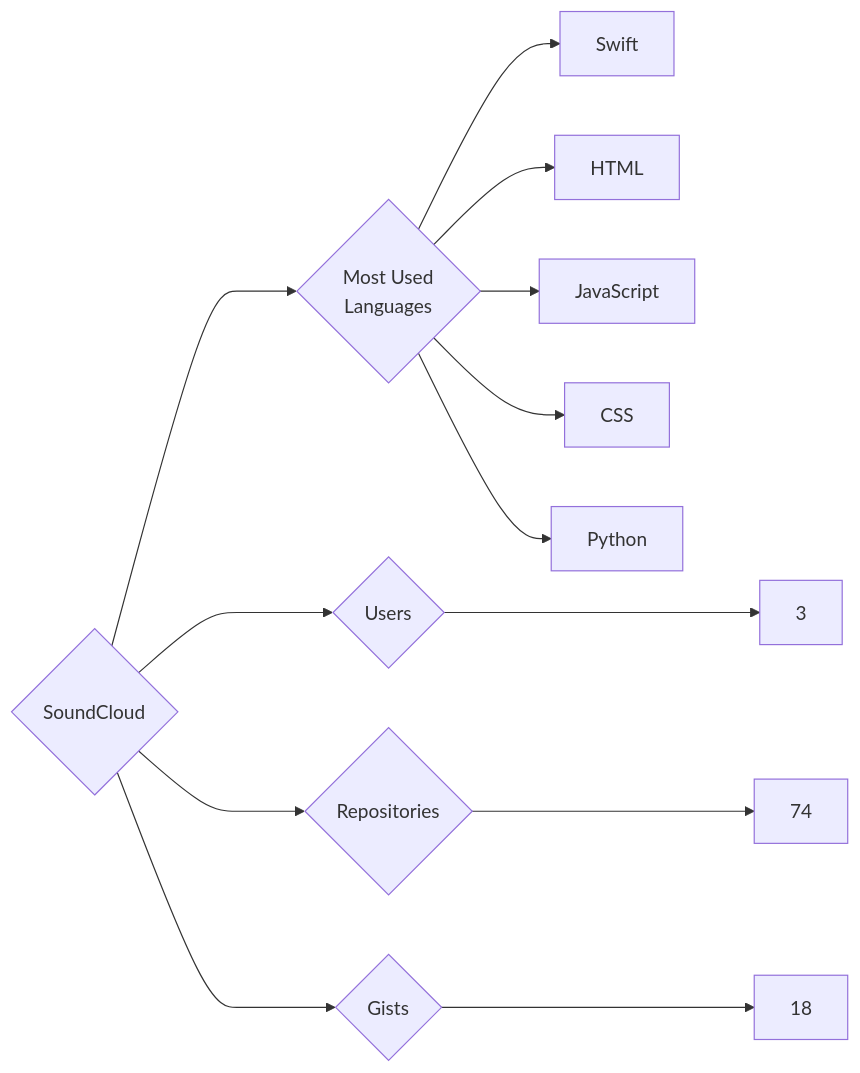
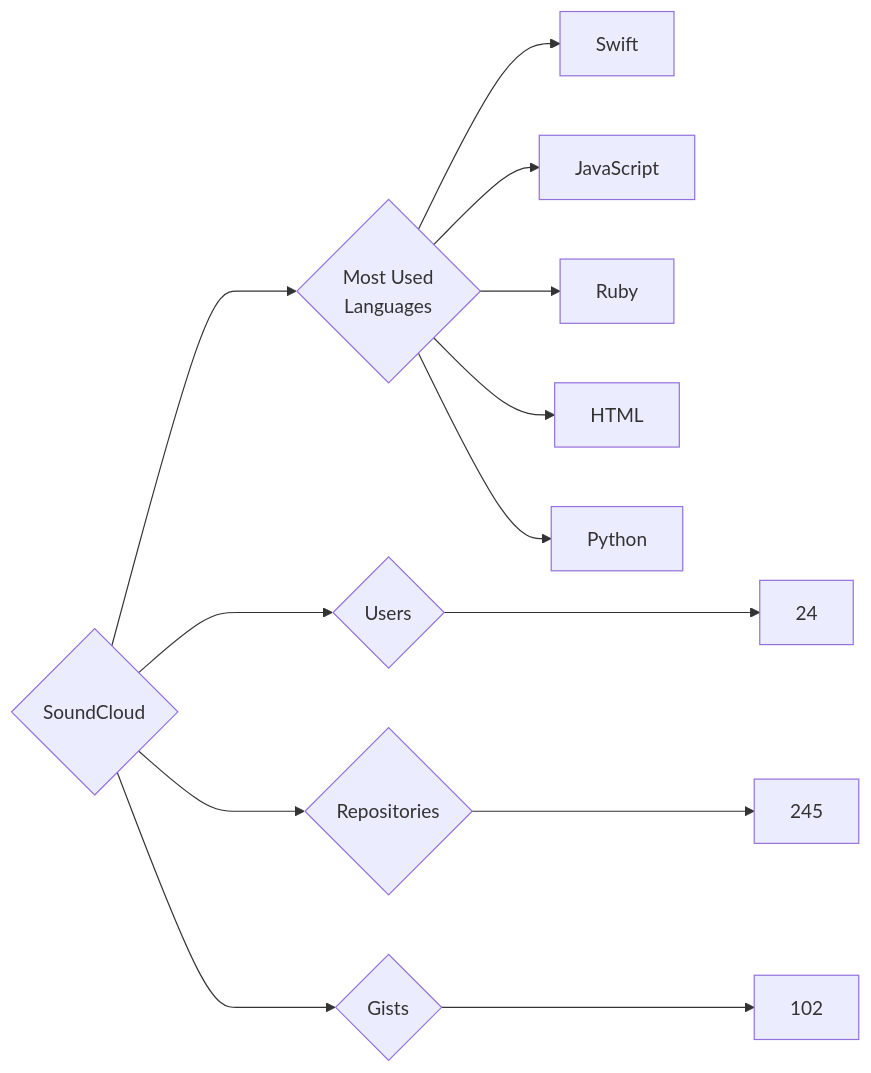
The diagram in targets/SoundCloud/README.md (trickest/insiders), drawn with Mermaid before and after one commit. The commit also changed 871 other files, not shown here.

````diff
--- a/targets/SoundCloud/README.md
+++ b/targets/SoundCloud/README.md
@@ -3,13 +3,13 @@
 ```mermaid
 graph LR
 COMPANY_NAME{SoundCloud}
-COMPANY_NAME ---> U{Users} ---> UN[3]
-COMPANY_NAME ---> R{Repositories} ---> RN[74]
-COMPANY_NAME ---> G{Gists} ---> GN[18]
+COMPANY_NAME ---> U{Users} ---> UN[24]
+COMPANY_NAME ---> R{Repositories} ---> RN[245]
+COMPANY_NAME ---> G{Gists} ---> GN[102]
 COMPANY_NAME ---> ML{Most Used<br>Languages}
 ML --> Swift[Swift]
+ML --> JavaScript[JavaScript]
+ML --> Ruby[Ruby]
 ML --> HTML[HTML]
-ML --> JavaScript[JavaScript]
-ML --> CSS[CSS]
 ML --> Python[Python]
 ```
````
